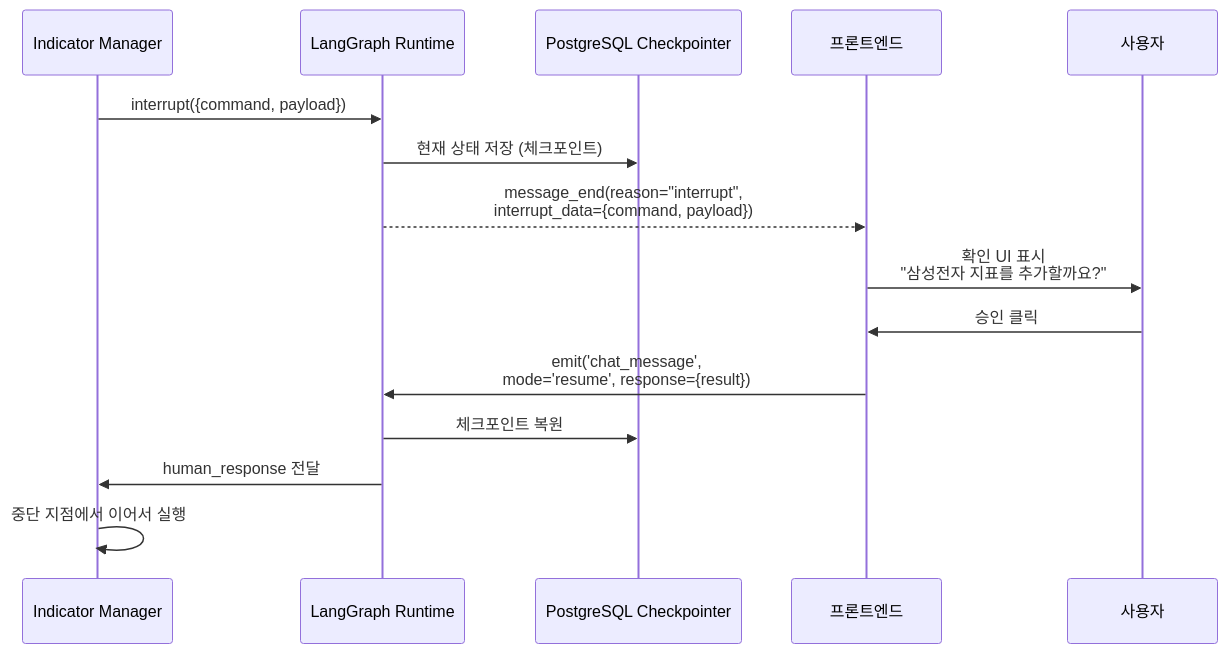
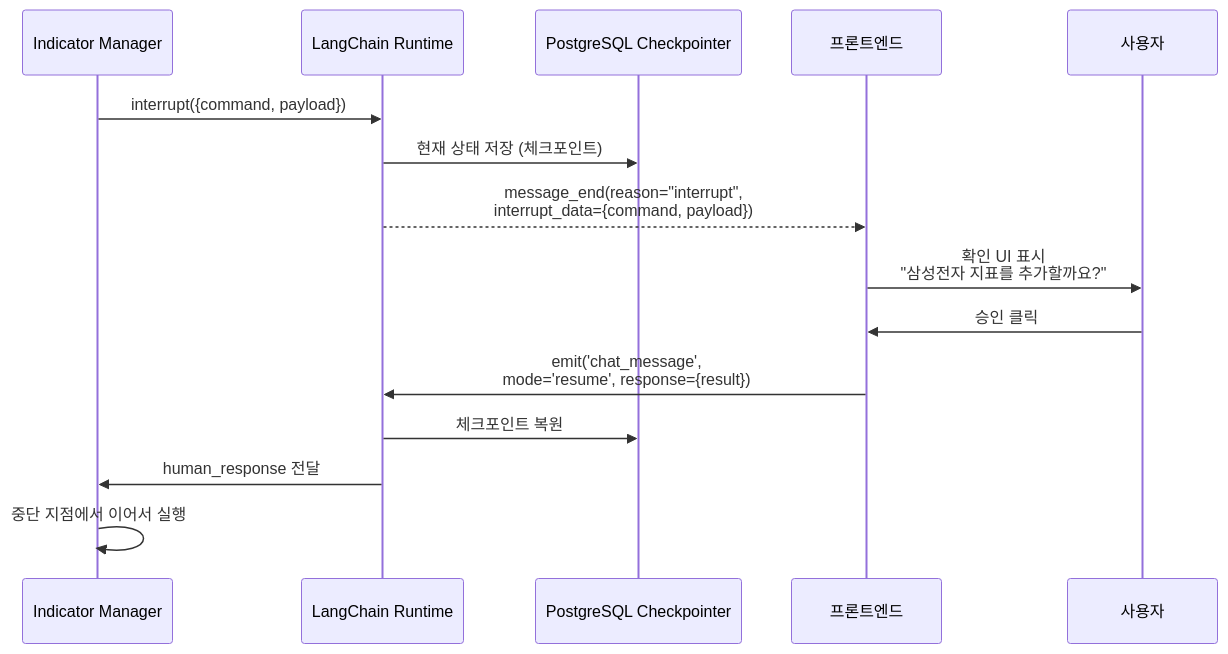
Before and after one commit to genie49/genie-cv: the third of 6 diagrams in data/content/notes/fingoo-human-in-loop.md, drawn with Mermaid. The commit also changed other lines of this file and 16 other files, not shown here.

First line of the commit message:
refactor: LangGraph → LangChain 일괄 변경 + fingoo 프로젝트 설명 보강 + 기여 카드 가로 스크롤

````diff
--- a/data/content/notes/fingoo-human-in-loop.md
+++ b/data/content/notes/fingoo-human-in-loop.md
@@ -60,19 +60,19 @@
 ```mermaid
 sequenceDiagram
     participant Agent as Indicator Manager
-    participant LG as LangGraph Runtime
+    participant LG as LangChain Runtime
     participant CP as PostgreSQL Checkpointer
     participant FE as 프론트엔드
     participant User as 사용자
 
     Agent->>LG: interrupt({command, payload})
     LG->>CP: 현재 상태 저장 (체크포인트)
     LG-->>FE: message_end(reason="interrupt",<br/>interrupt_data={command, payload})
     FE->>User: 확인 UI 표시<br/>"삼성전자 지표를 추가할까요?"
 
     User->>FE: 승인 클릭
     FE->>LG: emit('chat_message',<br/>mode='resume', response={result})
     LG->>CP: 체크포인트 복원
     LG->>Agent: human_response 전달
     Agent->>Agent: 중단 지점에서 이어서 실행
 ```
````
